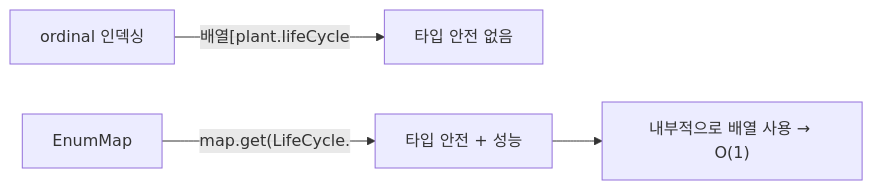
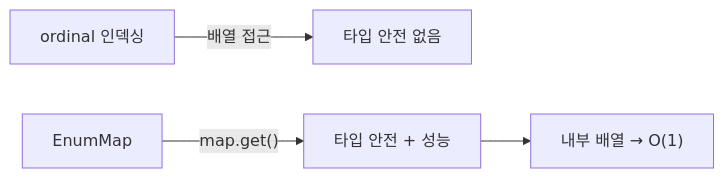
Before and after one commit to yjkim2015/yjkim2015.github.io: the sixth of 6 diagrams in _posts/effective_java/2026-05-03-effective-java-generics-enums.md, drawn with Mermaid. The commit also changed other lines of this file and 245 other files, not shown here.

First line of the commit message:
Mermaid 다이어그램 전면 수정 + 면접 포인트 접기/펼치기 + DB 데드락 페이지

````diff
--- a/_posts/effective_java/2026-05-03-effective-java-generics-enums.md
+++ b/_posts/effective_java/2026-05-03-effective-java-generics-enums.md
@@ -386,6 +386,6 @@
 ```mermaid
 flowchart LR
-    A["ordinal 인덱싱"] -->|"배열[plant.lifeCycle"| B["타입 안전 없음"]
-    C["EnumMap"] -->|"map.get(LifeCycle."| D["타입 안전 + 성능"]
-    D --> E["내부적으로 배열 사용 → O(1)"]
+    A["ordinal 인덱싱"] -->|"배열 접근"| B["타입 안전 없음"]
+    C["EnumMap"] -->|"map.get()"| D["타입 안전 + 성능"]
+    D --> E["내부 배열 → O(1)"]
 ```
````
